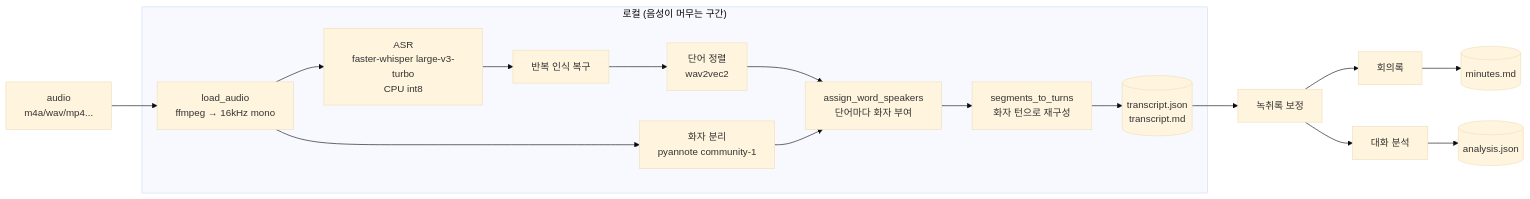
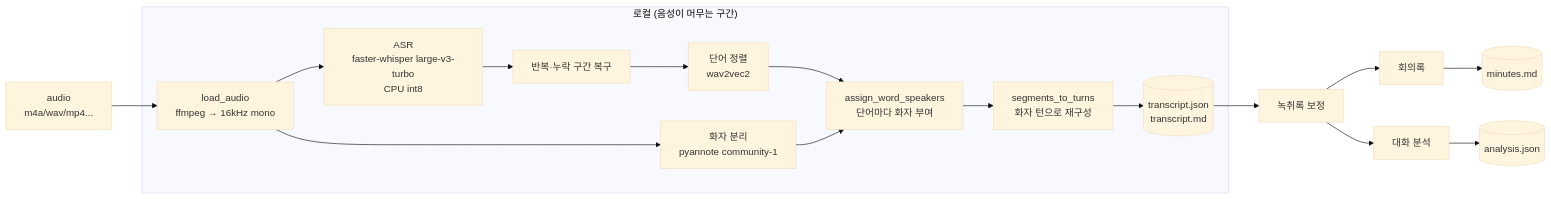
Before and after one commit to seongyeon1/meeting-minutes: the first of 3 diagrams in docs/ARCHITECTURE.md, drawn with Mermaid (base theme). The commit also changed other lines of this file and 2 other files, not shown here.

````diff
--- a/docs/ARCHITECTURE.md
+++ b/docs/ARCHITECTURE.md
@@ -21,21 +21,21 @@
 ```mermaid
 flowchart LR
     A[audio<br/>m4a/wav/mp4...] --> B[load_audio<br/>ffmpeg → 16kHz mono]
     B --> C[ASR<br/>faster-whisper large-v3-turbo<br/>CPU int8]
-    C --> C2[반복 인식 복구]
+    C --> C2[반복·누락 구간 복구]
     C2 --> D[단어 정렬<br/>wav2vec2]
     B --> E[화자 분리<br/>pyannote community-1]
     D --> F[assign_word_speakers<br/>단어마다 화자 부여]
     E --> F
     F --> G[segments_to_turns<br/>화자 턴으로 재구성]
     G --> H[(transcript.json<br/>transcript.md)]
     H --> K[녹취록 보정]
     K --> I[회의록]
     K --> J[대화 분석]
     I --> M[(minutes.md)]
     J --> N[(analysis.json)]
 
     subgraph 로컬["로컬 (음성이 머무는 구간)"]
         B; C; C2; D; E; F; G; H
     end
 ```
````
